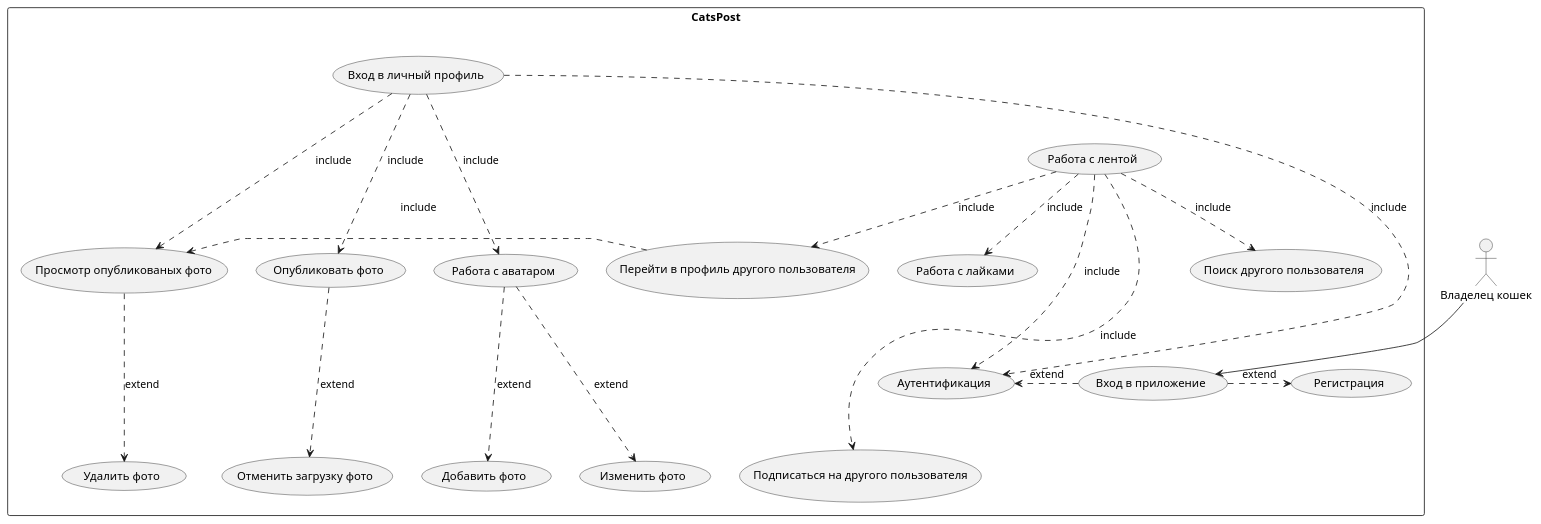
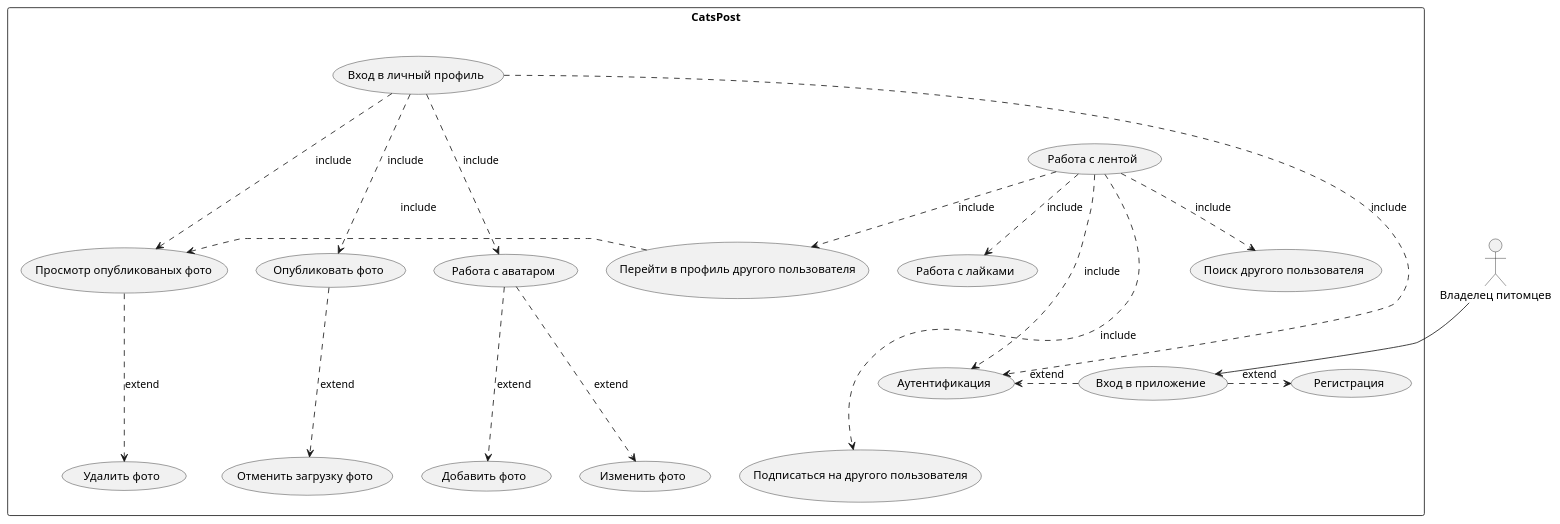
One commit to nikitcat/requirements.github.io changed the diagram in src/docs/asciidoc/uml/use_case.puml. Above: the diagram before and after it, drawn with PlantUML. The commit also changed 3 other files, not shown here.

```diff
--- a/src/docs/asciidoc/uml/use_case.puml
+++ b/src/docs/asciidoc/uml/use_case.puml
@@ -1,23 +1,23 @@
 @startuml
 skinparam packageStyle rectangle
-actor "Владелец кошек"
+actor "Владелец питомцев"
 rectangle CatsPost {
-"Владелец кошек" --> (Вход в приложение)
+"Владелец питомцев" --> (Вход в приложение)
 (Вход в личный профиль) ....> (Аутентификация) : include
 (Вход в личный профиль) ...> (Просмотр опубликованых фото) :include
 (Просмотр опубликованых фото) ...> (Удалить фото) :extend
 (Вход в личный профиль) ...> (Опубликовать фото) :include
 (Опубликовать фото) ...> (Отменить загрузку фото) : extend
 (Вход в личный профиль) ...> (Работа с аватаром) :include
 (Работа с аватаром) ...> (Добавить фото) :extend
 (Работа с аватаром) ...> (Изменить фото) :extend
 (Вход в приложение) .> (Регистрация) : extend
 (Вход в приложение) .> (Аутентификация) : extend
 (Работа с лентой) ..> (Аутентификация) : include
 (Работа с лентой) ..> (Работа с лайками) : include
 (Работа с лентой) ..> (Перейти в профиль другого пользователя) : include
 (Перейти в профиль другого пользователя) .> (Просмотр опубликованых фото) : include
 (Работа с лентой) ....> (Подписаться на другого пользователя) : include
 (Работа с лентой) ..> (Поиск другого пользователя) : include
 }
 @enduml
```
